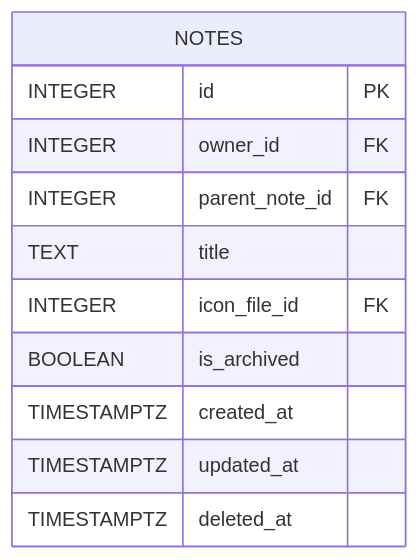
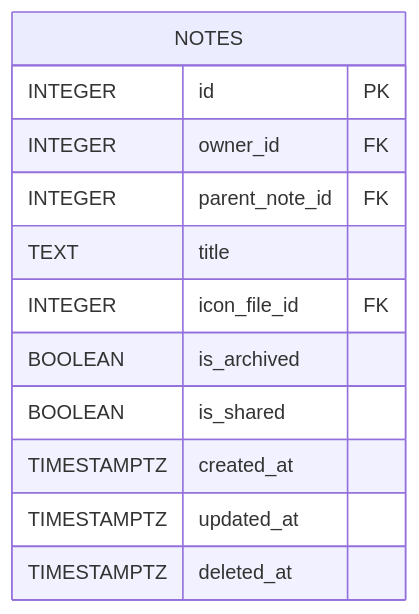
The third of 12 diagrams in db/normalized/relations.md (go-park-mail-ru/2025_2_FiveCode), drawn with Mermaid before and after one commit. The commit also changed other lines of this file and 2 other files, not shown here.

````diff
--- a/db/normalized/relations.md
+++ b/db/normalized/relations.md
@@ -89,14 +91,15 @@
 ```mermaid
 erDiagram
-  NOTES {
-    INTEGER id PK
-    INTEGER owner_id FK 
-    INTEGER parent_note_id FK
-    TEXT title 
-    INTEGER icon_file_id FK
-    BOOLEAN is_archived 
-    TIMESTAMPTZ created_at
-    TIMESTAMPTZ updated_at
-    TIMESTAMPTZ deleted_at
-  }
+    NOTES {
+        INTEGER id PK
+        INTEGER owner_id FK
+        INTEGER parent_note_id FK
+        TEXT title
+        INTEGER icon_file_id FK
+        BOOLEAN is_archived
+        BOOLEAN is_shared
+        TIMESTAMPTZ created_at
+        TIMESTAMPTZ updated_at
+        TIMESTAMPTZ deleted_at
+    }
 ```
````
